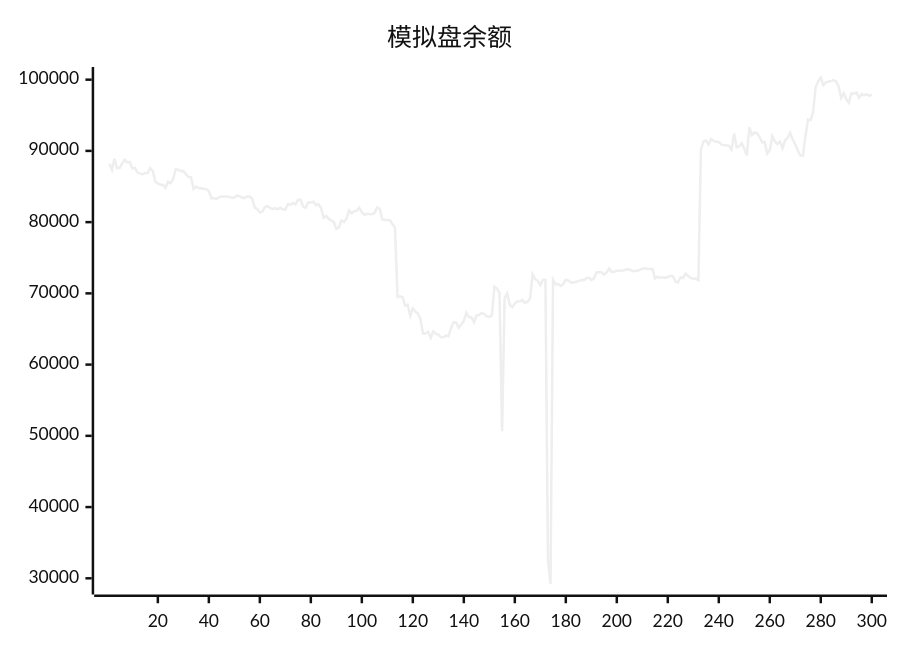
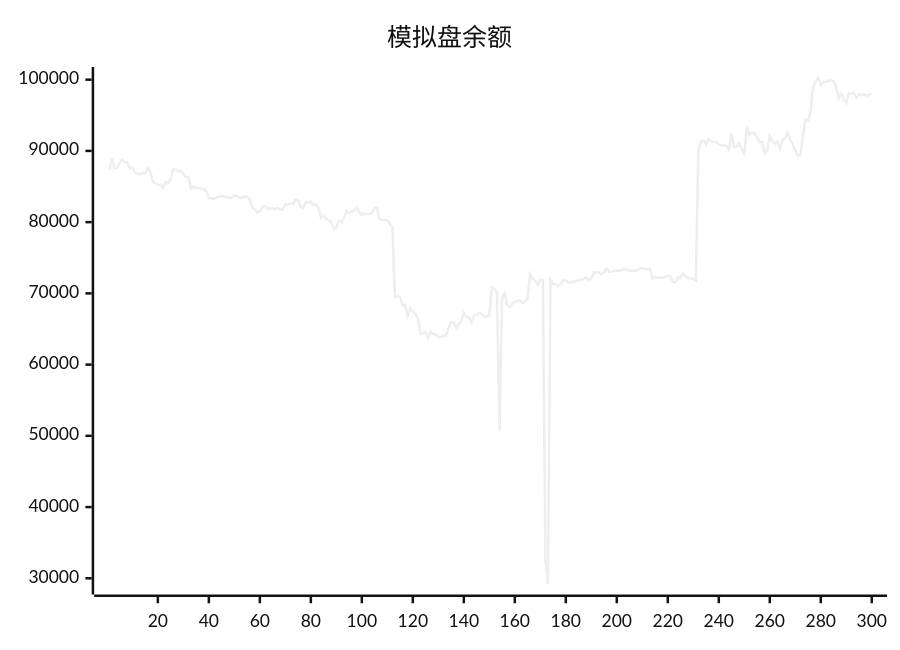
Before and after one commit to aahl/ai-trading: the diagram in README.md, drawn with Mermaid (neutral theme). The commit also changed other lines of this file and 1 other file, not shown here.

````diff
--- a/README.md
+++ b/README.md
@@ -5,5 +5,5 @@
 ```mermaid
 xychart
     title "模拟盘余额"
-    line [88180,87335,88894,87544,87608,88207,88755,88401,88444,87543,87608,87000,86810,86740,86894,86884,87576,87209,85686,85435,85251,85255,84820,85689,85453,86066,87420,87373,87161,87178,86740,86341,86315,84643,85012,84772,84768,84690,84635,84376,83360,83357,83259,83474,83608,83606,83602,83548,83440,83454,83724,83644,83464,83365,83590,83592,83275,82072,81806,81344,81492,82109,82254,82006,81848,81955,81829,82022,81769,81776,82522,82441,82656,82498,83144,83144,82150,82038,82797,82763,82872,82367,82536,81981,80612,80862,80484,80242,80034,79063,79245,80226,80016,80507,81625,81233,81544,81578,82016,81401,81019,81186,81130,81118,81306,82066,81909,80392,80304,80291,80258,79729,79261,69466,69579,69456,68251,68415,66832,67911,67462,67144,66432,64380,64375,64606,63740,64647,64324,64216,63842,63877,64078,64008,65156,65945,65888,65157,65625,66144,67284,66653,66639,65924,66925,66956,67263,67108,66766,66729,66886,70927,70673,70049,50652,69334,69973,68400,68061,68578,68876,68879,69055,68662,68822,69329,72687,71999,71760,71162,71911,71896,32500,29218,71927,71297,71305,71044,71337,71883,71822,71536,71536,71622,71723,71880,71860,72100,72216,71887,72077,72940,72976,72966,72638,72948,73497,73004,73041,73173,73160,73186,73258,73375,73351,73173,73098,73161,73305,73474,73536,73457,73413,73412,72100,72333,72164,72272,72204,72285,72461,72421,71652,71521,72267,72157,72774,72424,72144,72060,72091,71858,90185,91338,91466,90900,91678,91404,91268,91244,90903,90779,90787,90721,90187,92429,90518,90619,91070,90328,89376,93286,92202,92581,92485,91947,91196,91259,89619,90086,92063,91355,90950,91327,90373,91498,91800,92531,91603,90910,90031,89351,89334,92097,94406,94315,95455,98972,99763,100286,99229,99622,99701,99805,99938,99738,99082,97430,98094,97267,96741,98081,98013,98194,97447,97983,97789,97969,97729,97911]
+    line [87335,88894,87544,87608,88207,88755,88401,88444,87543,87608,87000,86810,86740,86894,86884,87576,87209,85686,85435,85251,85255,84820,85689,85453,86066,87420,87373,87161,87178,86740,86341,86315,84643,85012,84772,84768,84690,84635,84376,83360,83357,83259,83474,83608,83606,83602,83548,83440,83454,83724,83644,83464,83365,83590,83592,83275,82072,81806,81344,81492,82109,82254,82006,81848,81955,81829,82022,81769,81776,82522,82441,82656,82498,83144,83144,82150,82038,82797,82763,82872,82367,82536,81981,80612,80862,80484,80242,80034,79063,79245,80226,80016,80507,81625,81233,81544,81578,82016,81401,81019,81186,81130,81118,81306,82066,81909,80392,80304,80291,80258,79729,79261,69466,69579,69456,68251,68415,66832,67911,67462,67144,66432,64380,64375,64606,63740,64647,64324,64216,63842,63877,64078,64008,65156,65945,65888,65157,65625,66144,67284,66653,66639,65924,66925,66956,67263,67108,66766,66729,66886,70927,70673,70049,50652,69334,69973,68400,68061,68578,68876,68879,69055,68662,68822,69329,72687,71999,71760,71162,71911,71896,32500,29218,71927,71297,71305,71044,71337,71883,71822,71536,71536,71622,71723,71880,71860,72100,72216,71887,72077,72940,72976,72966,72638,72948,73497,73004,73041,73173,73160,73186,73258,73375,73351,73173,73098,73161,73305,73474,73536,73457,73413,73412,72100,72333,72164,72272,72204,72285,72461,72421,71652,71521,72267,72157,72774,72424,72144,72060,72091,71858,90185,91338,91466,90900,91678,91404,91268,91244,90903,90779,90787,90721,90187,92429,90518,90619,91070,90328,89376,93286,92202,92581,92485,91947,91196,91259,89619,90086,92063,91355,90950,91327,90373,91498,91800,92531,91603,90910,90031,89351,89334,92097,94406,94315,95455,98972,99763,100286,99229,99622,99701,99805,99938,99738,99082,97430,98094,97267,96741,98081,98013,98194,97447,97983,97789,97969,97729,97911,98043]
 ```
````
